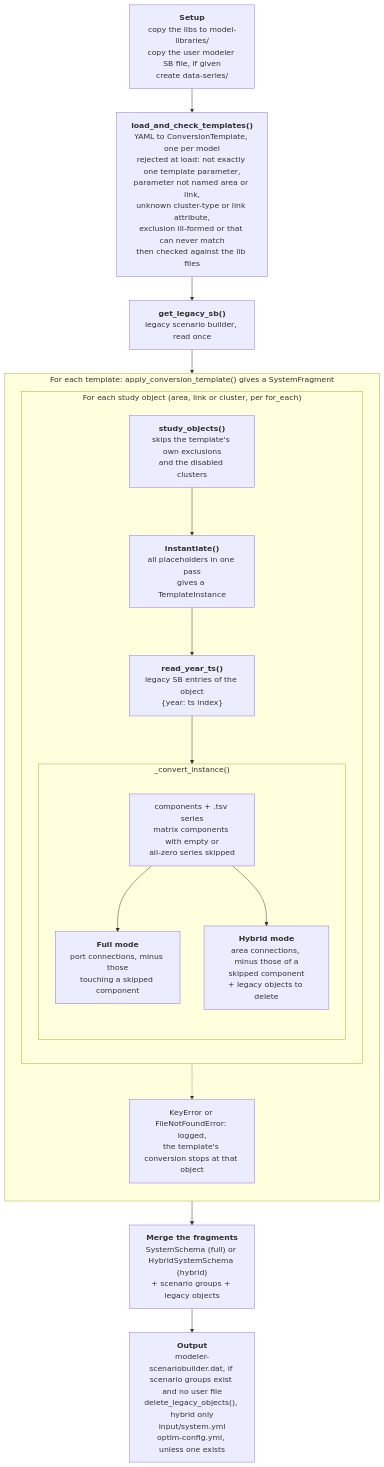
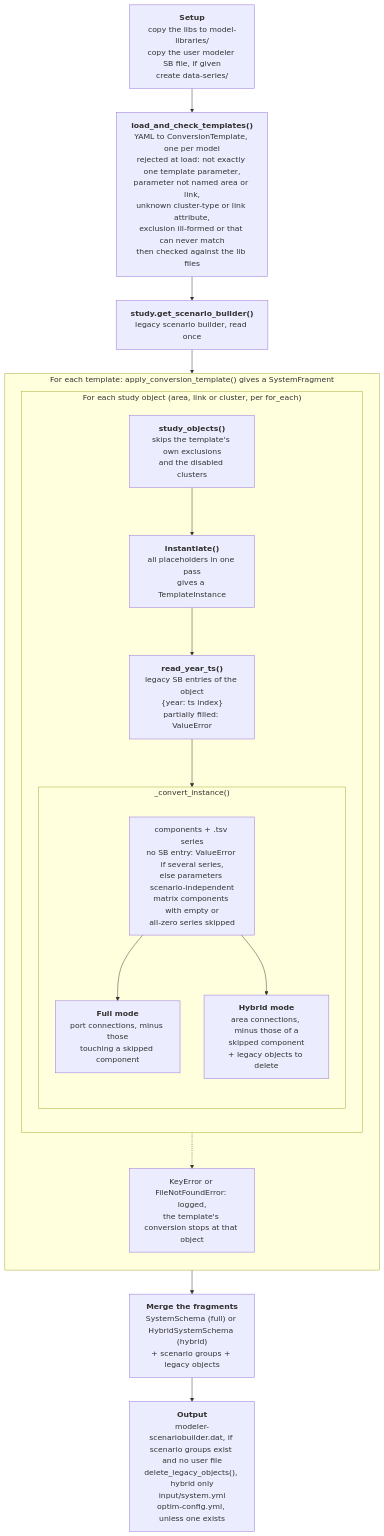
Before and after one commit to AntaresSimulatorTeam/AntaresLegacyModels-to-GEMS-Converter: the diagram in AGENTS.md, drawn with Mermaid. The commit also changed other lines of this file and 8 other files, not shown here.

First line of the commit message:
fix(scenario-builder): reject legacy SB entries drawn at random (#143)

````diff
--- a/AGENTS.md
+++ b/AGENTS.md
@@ -114,32 +114,32 @@
 ```mermaid
 flowchart TD
     setup["<b>Setup</b><br/>copy the libs to model-libraries/<br/>copy the user modeler SB file, if given<br/>create data-series/"]
     load["<b>load_and_check_templates()</b><br/>YAML to ConversionTemplate, one per model<br/>rejected at load: not exactly one template parameter,<br/>parameter not named area or link,<br/>unknown cluster-type or link attribute,<br/>exclusion ill-formed or that can never match<br/>then checked against the lib files"]
-    sb["<b>get_legacy_sb()</b><br/>legacy scenario builder, read once"]
+    sb["<b>study.get_scenario_builder()</b><br/>legacy scenario builder, read once"]
 
     subgraph perTemplate["For each template: apply_conversion_template() gives a SystemFragment"]
         direction TB
         subgraph perObject["For each study object (area, link or cluster, per for_each)"]
             direction TB
             objs["<b>study_objects()</b><br/>skips the template's own exclusions<br/>and the disabled clusters"]
             inst["<b>instantiate()</b><br/>all placeholders in one pass<br/>gives a TemplateInstance"]
-            ts["<b>read_year_ts()</b><br/>legacy SB entries of the object<br/>{year: ts index}"]
+            ts["<b>read_year_ts()</b><br/>legacy SB entries of the object<br/>{year: ts index}<br/>partially filled: ValueError"]
             subgraph conv["_convert_instance()"]
                 direction TB
-                comps["components + .tsv series<br/>matrix components with empty or<br/>all-zero series skipped"]
+                comps["components + .tsv series<br/>no SB entry: ValueError if several series,<br/>else parameters scenario-independent<br/>matrix components with empty or<br/>all-zero series skipped"]
                 full["<b>Full mode</b><br/>port connections, minus those<br/>touching a skipped component"]
                 hybrid["<b>Hybrid mode</b><br/>area connections, minus those of a<br/>skipped component<br/>+ legacy objects to delete"]
                 comps --> full
                 comps --> hybrid
             end
             objs --> inst --> ts --> comps
         end
         err["KeyError or FileNotFoundError: logged,<br/>the template's conversion stops at that object"]
         perObject -.-> err
     end
 
     merge["<b>Merge the fragments</b><br/>SystemSchema (full) or HybridSystemSchema (hybrid)<br/>+ scenario groups + legacy objects"]
     out["<b>Output</b><br/>modeler-scenariobuilder.dat, if scenario groups exist and no user file<br/>delete_legacy_objects(), hybrid only<br/>input/system.yml<br/>optim-config.yml, unless one exists"]
 
     setup --> load --> sb --> perTemplate --> merge --> out
 ```
````
